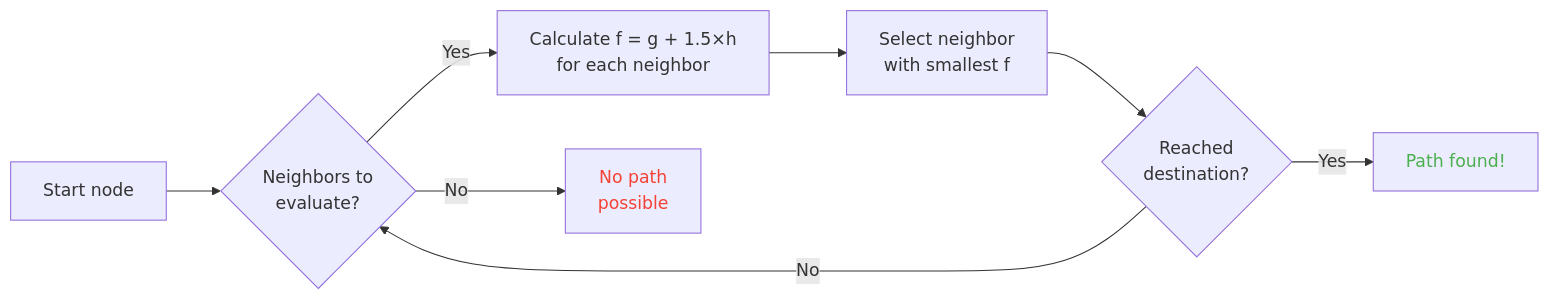
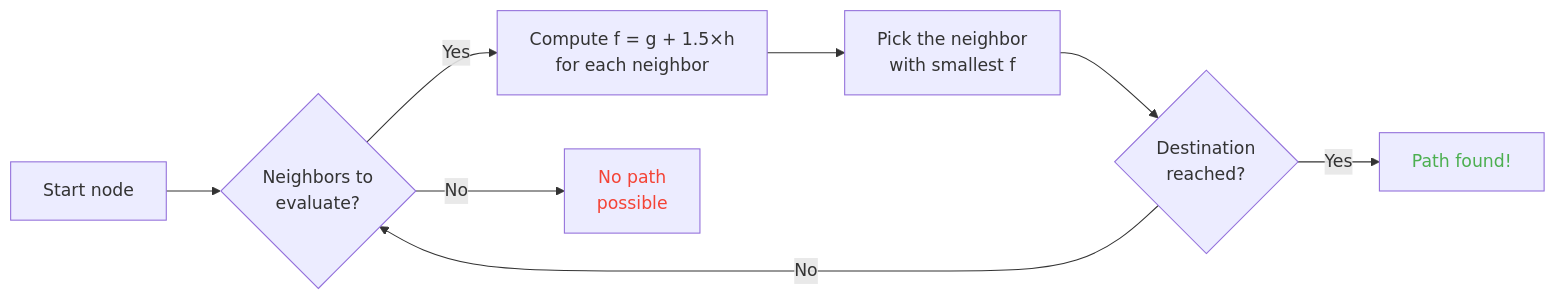
One commit to fox3000foxy/fox3000foxy.github.io changed the diagram in public/articles/en/minecraft-pathfinding-logic-and-applications.md. Above: the diagram before and after it, drawn with Mermaid. The commit also changed other lines of this file and 576 other files, not shown here.

````diff
--- a/public/articles/en/minecraft-pathfinding-logic-and-applications.md
+++ b/public/articles/en/minecraft-pathfinding-logic-and-applications.md
@@ -196,13 +199,13 @@
 ```mermaid
 flowchart LR
     A[Start node] --> B{Neighbors to\nevaluate?}
-    B -->|Yes| C[Calculate f = g + 1.5×h\nfor each neighbor]
-    C --> D[Select neighbor\nwith smallest f]
-    D --> E{Reached\ndestination?}
+    B -->|Yes| C[Compute f = g + 1.5×h\nfor each neighbor]
+    C --> D[Pick the neighbor\nwith smallest f]
+    D --> E{Destination\nreached?}
     E -->|No| B
     E -->|Yes| F[Path found!]
     B -->|No| G[No path\npossible]
     
     style F color:#4caf50
     style G color:#f44336
 ```
````
